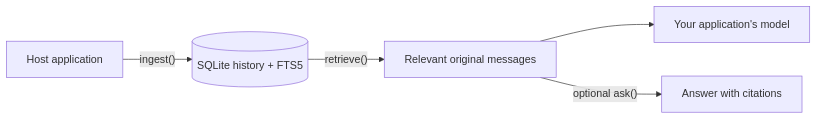
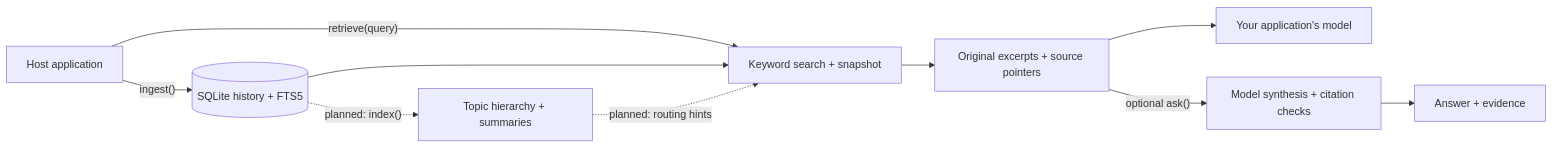
The diagram in README.md (Ajitkumar-1001/Chat-context-index), drawn with Mermaid before and after one commit. The commit also changed other lines of this file and 58 other files, not shown here.

````diff
--- a/README.md
+++ b/README.md
@@ -74,7 +76,12 @@
 ```mermaid
 flowchart LR
     app["Host application"] -->|"ingest()"| history[("SQLite history + FTS5")]
-    history -->|"retrieve()"| evidence["Relevant original messages"]
+    app -->|"retrieve(query)"| retrieval["Keyword search + snapshot"]
+    history --> retrieval
+    retrieval --> evidence["Original excerpts + source pointers"]
     evidence --> model["Your application's model"]
-    evidence -->|"optional ask()"| answer["Answer with citations"]
+    evidence -->|"optional ask()"| synthesis["Model synthesis + citation checks"]
+    synthesis --> answer["Answer + evidence"]
+    history -.->|"planned: index()"| tree["Topic hierarchy + summaries"]
+    tree -.->|"planned: routing hints"| retrieval
 ```
````
